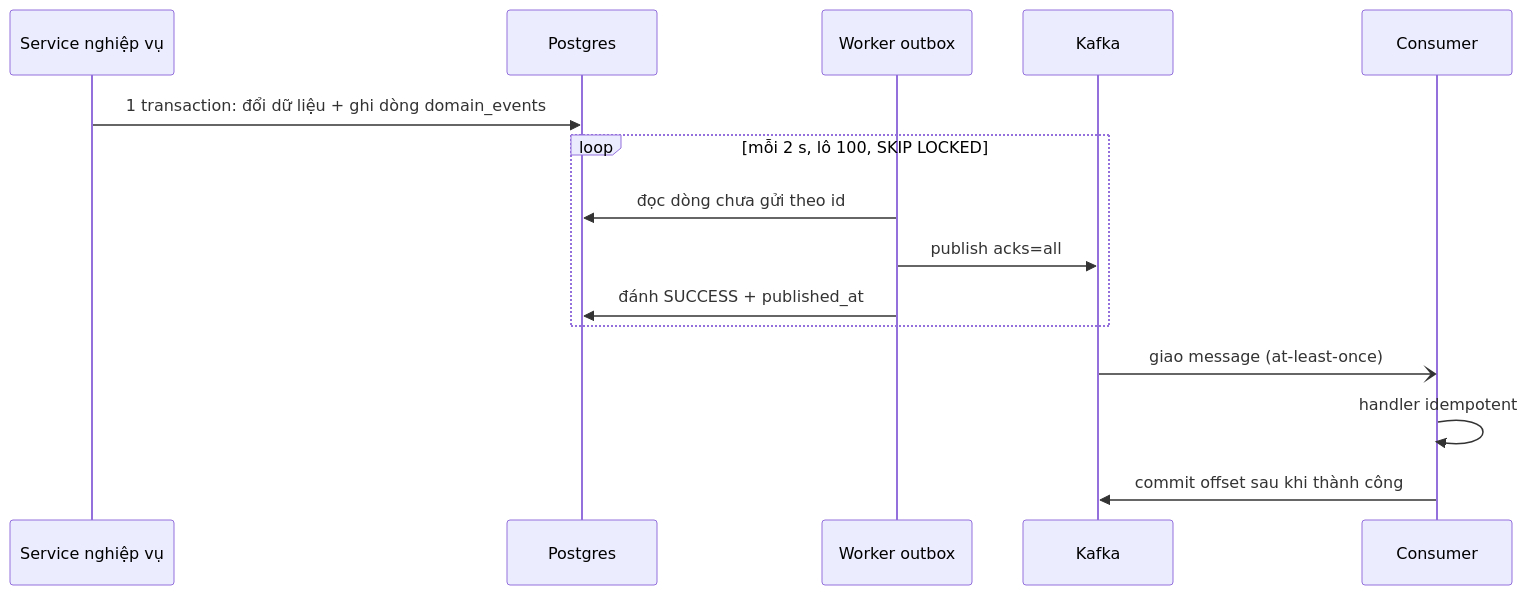
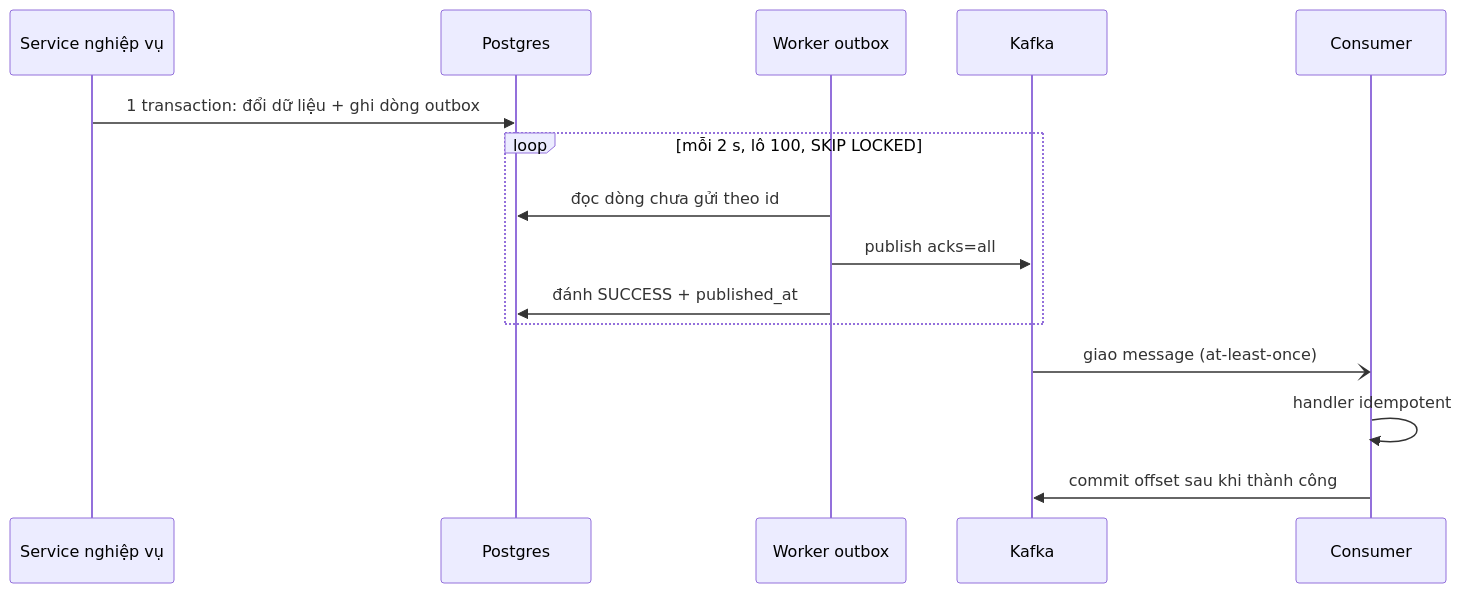
The third of 5 diagrams in docs/design/03_EVENTS_KAFKA.md (khoatran18/mini-marketplace), drawn with Mermaid before and after one commit. The commit also changed other lines of this file and 13 other files, not shown here.

````diff
--- a/docs/design/03_EVENTS_KAFKA.md
+++ b/docs/design/03_EVENTS_KAFKA.md
@@ -99,17 +99,17 @@
 ```mermaid
 sequenceDiagram
     participant S as Service nghiệp vụ
     participant DB as Postgres
     participant W as Worker outbox
     participant K as Kafka
     participant C as Consumer
-    S->>DB: 1 transaction: đổi dữ liệu + ghi dòng domain_events
+    S->>DB: 1 transaction: đổi dữ liệu + ghi dòng outbox
     loop mỗi 2 s, lô 100, SKIP LOCKED
         W->>DB: đọc dòng chưa gửi theo id
         W->>K: publish acks=all
         W->>DB: đánh SUCCESS + published_at
     end
     K-)C: giao message (at-least-once)
     C->>C: handler idempotent
     C->>K: commit offset sau khi thành công
 ```
````
